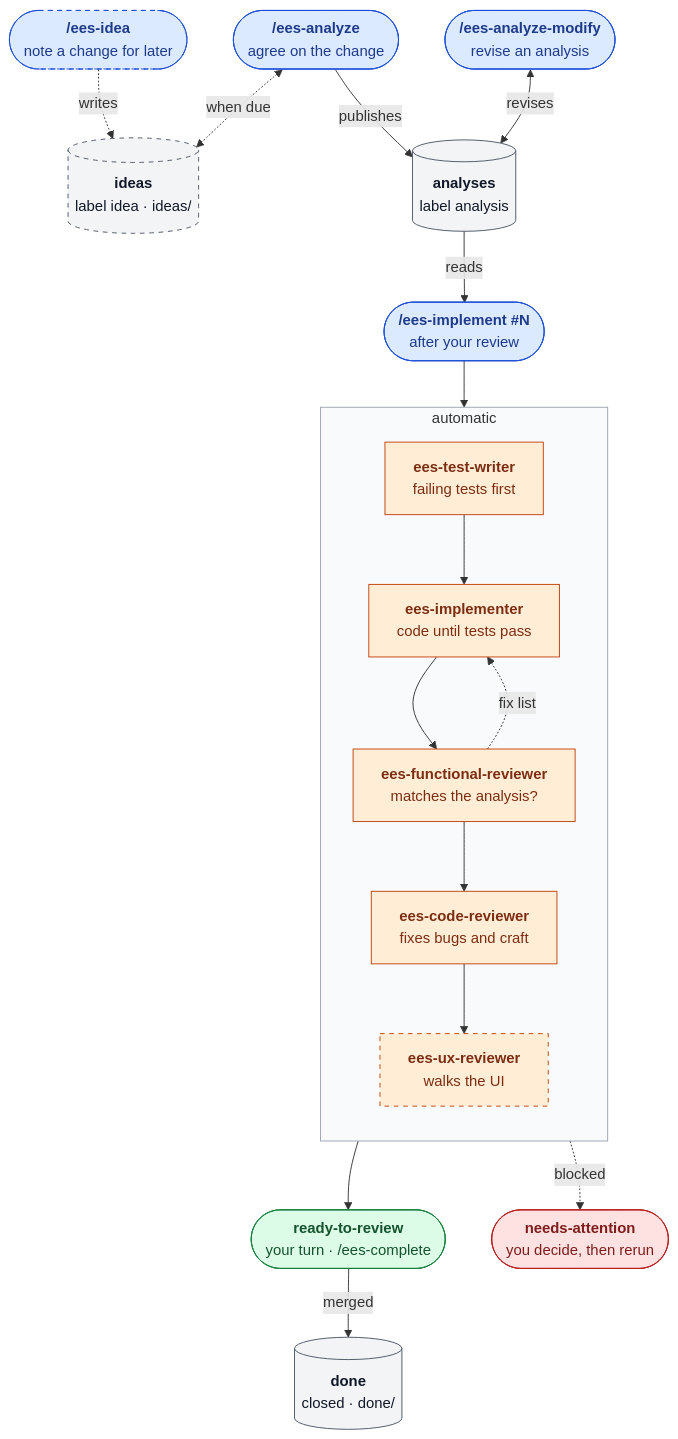
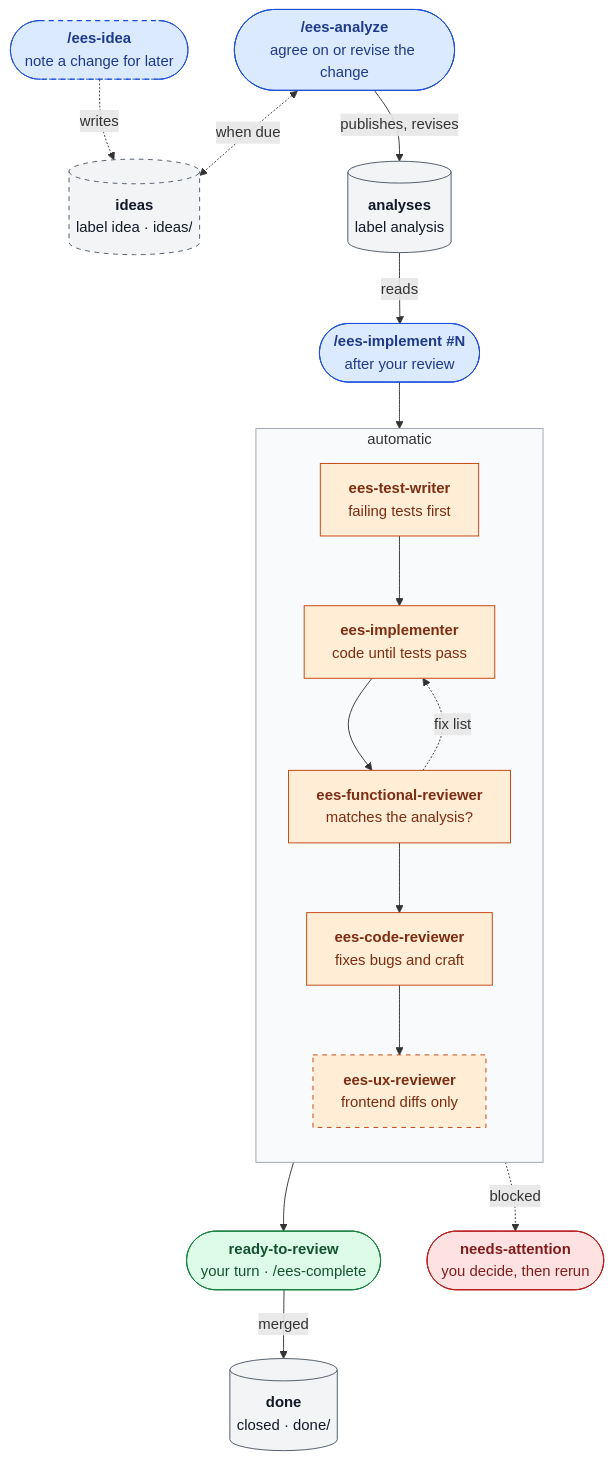
One commit to rdurica/enterprise-engineering-skills changed the diagram in README.md. Above: the diagram before and after it, drawn with Mermaid. The commit also changed other lines of this file and 59 other files, not shown here.

````diff
--- a/README.md
+++ b/README.md
@@ -35,47 +32,45 @@
 ```mermaid
 flowchart TD
     Idea(["<b>/ees-idea</b><br/>note a change for later"])
-    Analyze(["<b>/ees-analyze</b><br/>agree on the change"])
-    Modify(["<b>/ees-analyze-modify</b><br/>revise an analysis"])
+    Analyze(["<b>/ees-analyze</b><br/>agree on or revise the change"])
     Ideas[("<b>ideas</b><br/>label idea · ideas/")]
     Analyses[("<b>analyses</b><br/>label analysis")]
     Implement(["<b>/ees-implement #N</b><br/>after your review"])
 
     subgraph Auto["automatic"]
         direction TB
         testWriter["<b>ees-test-writer</b><br/>failing tests first"]
         implementer["<b>ees-implementer</b><br/>code until tests pass"]
         functional["<b>ees-functional-reviewer</b><br/>matches the analysis?"]
         codeReview["<b>ees-code-reviewer</b><br/>fixes bugs and craft"]
-        ux["<b>ees-ux-reviewer</b><br/>walks the UI"]
+        ux["<b>ees-ux-reviewer</b><br/>frontend diffs only"]
 
         testWriter --> implementer --> functional --> codeReview --> ux
         functional -. "fix list" .-> implementer
     end
 
     Ready(["<b>ready-to-review</b><br/>your turn · /ees-complete"])
     Attention(["<b>needs-attention</b><br/>you decide, then rerun"])
     Done[("<b>done</b><br/>closed · done/")]
 
     Idea -. "writes" .-> Ideas
     Analyze <-. "when due" .-> Ideas
-    Analyze -- "publishes" --> Analyses
-    Modify <-- "revises" --> Analyses
+    Analyze -- "publishes, revises" --> Analyses
     Analyses -- "reads" --> Implement --> testWriter
     ux --> Ready -- "merged" --> Done
     Auto -. "blocked" .-> Attention
 
     classDef human fill:#dbeafe,stroke:#1d4ed8,color:#1e3a8a
     classDef agent fill:#ffedd5,stroke:#c2410c,color:#7c2d12
     classDef optional stroke-dasharray:5 5
     classDef store fill:#f3f4f6,stroke:#4b5563,color:#111827
     classDef ready fill:#dcfce7,stroke:#15803d,color:#14532d
     classDef blocked fill:#fee2e2,stroke:#b91c1c,color:#7f1d1d
-    class Idea,Analyze,Modify,Implement human
+    class Idea,Analyze,Implement human
     class Idea,Ideas,ux optional
     class testWriter,implementer,functional,codeReview,ux agent
     class Ideas,Analyses,Done store
     class Ready ready
     class Attention blocked
     style Auto fill:#f9fafb,stroke:#9ca3af
 ```
````
